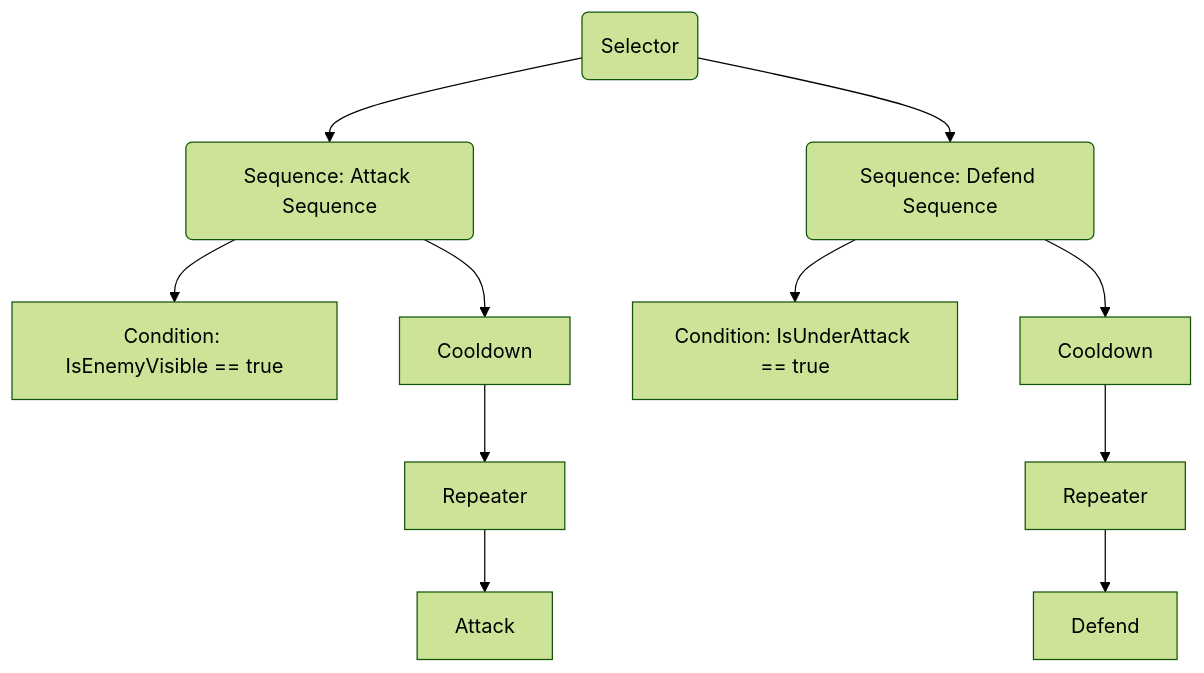
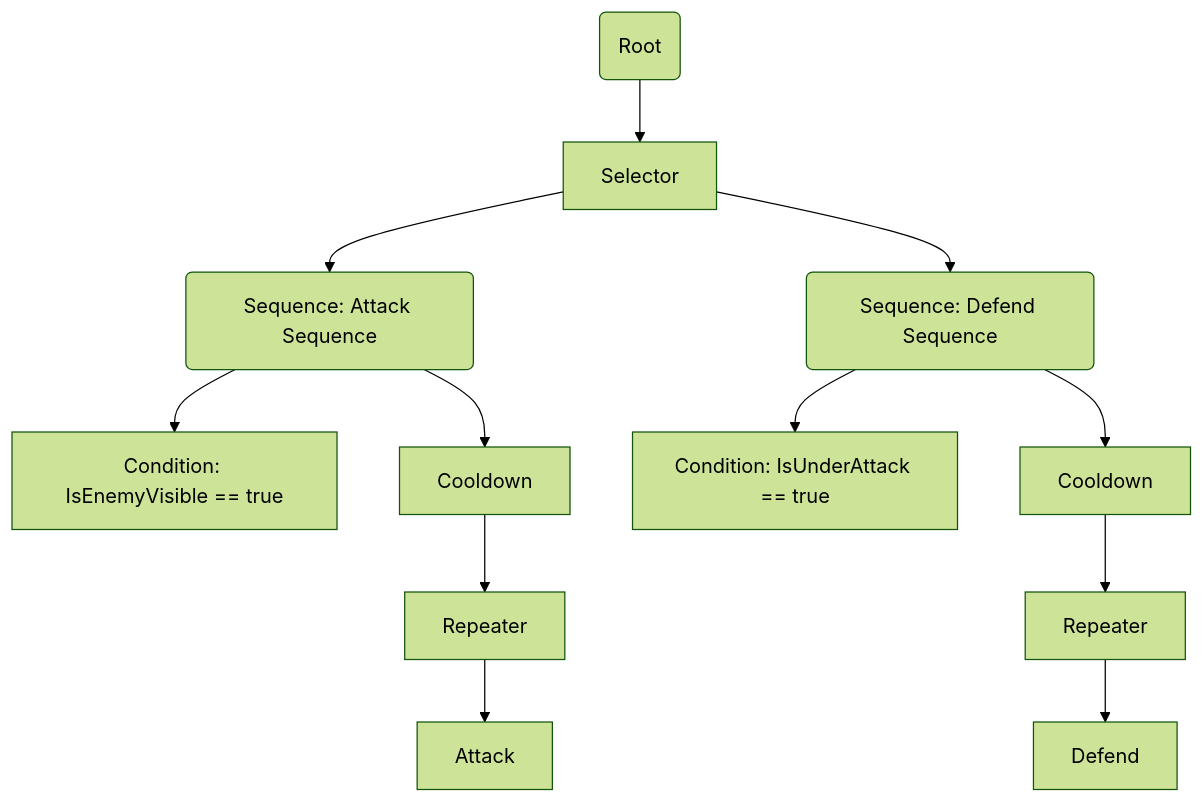
One commit to grovegs/BehaviourTree changed the diagram in README.md. Above: the diagram before and after it, drawn with Mermaid (forest theme).

````diff
--- a/README.md
+++ b/README.md
@@ -50,15 +50,16 @@
 ```mermaid
 graph TD
-    Root(Selector) --> AttackSequence(Sequence: Attack Sequence)
-    Root --> DefendSequence(Sequence: Defend Sequence)
+    Root(Root) --> Selector
+    Selector --> AttackSequence(Sequence: Attack Sequence)
+    Selector --> DefendSequence(Sequence: Defend Sequence)
     
     AttackSequence --> Condition1[Condition: IsEnemyVisible == true]
     AttackSequence --> Cooldown1[Cooldown]
     Cooldown1 --> Repeater1[Repeater]
     Repeater1 --> Attack[Attack]
 
     DefendSequence --> Condition2[Condition: IsUnderAttack == true]
     DefendSequence --> Cooldown2[Cooldown]
     Cooldown2 --> Repeater2[Repeater]
     Repeater2 --> Defend[Defend]
 ```
````
